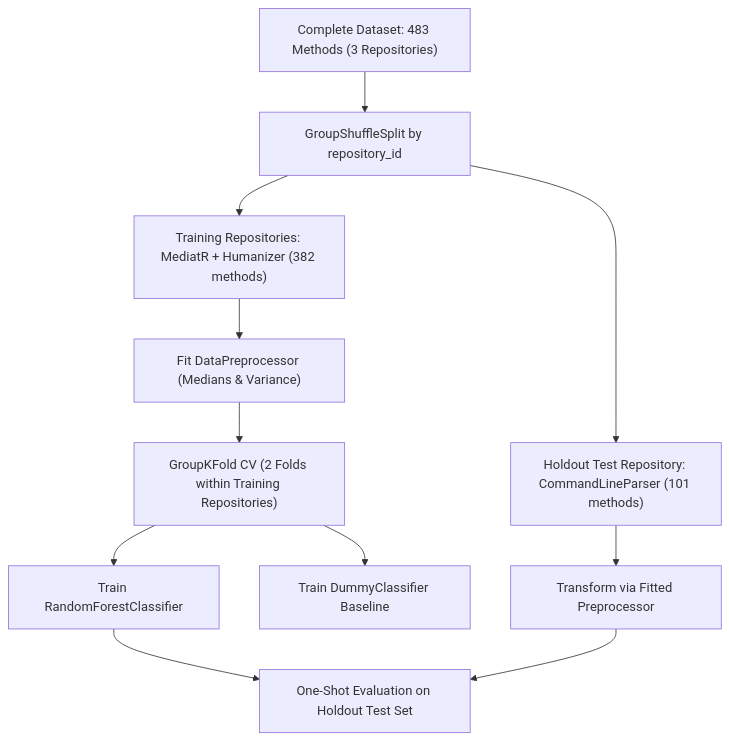
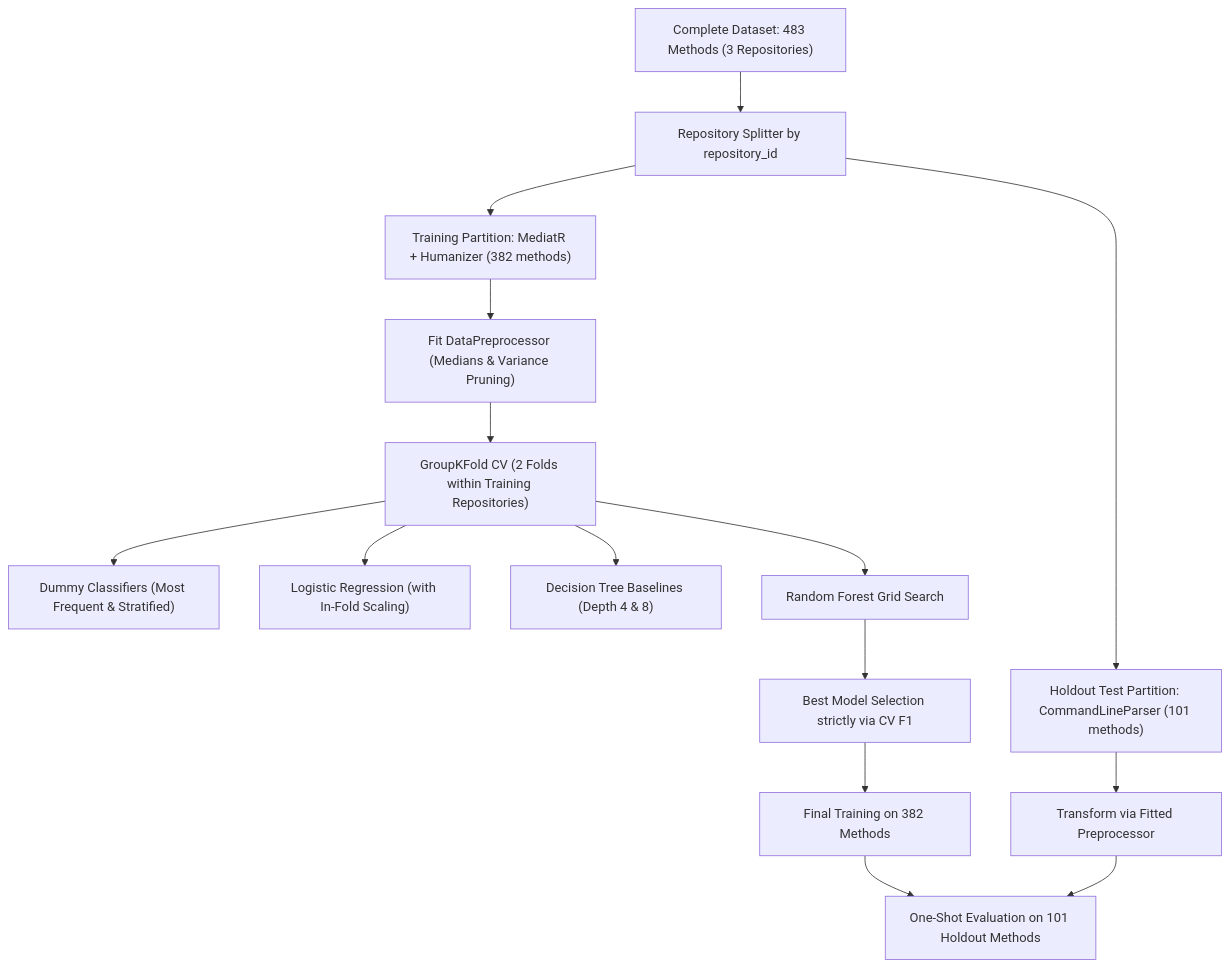
The diagram in Year2_Semester1_ComputationalIntelligenceSoftwareEngineering/CISE_Project2/docs/FINAL_REPORT.md (BogdanCTU/Applied-Computational-Intelligence-UBB), drawn with Mermaid before and after one commit. The commit also changed other lines of this file and 24 other files, not shown here.

````diff
--- a/Year2_Semester1_ComputationalIntelligenceSoftwareEngineering/CISE_Project2/docs/FINAL_REPORT.md
+++ b/Year2_Semester1_ComputationalIntelligenceSoftwareEngineering/CISE_Project2/docs/FINAL_REPORT.md
@@ -134,15 +133,19 @@
 ```mermaid
 flowchart TD
-    FullData["Complete Dataset: 483 Methods (3 Repositories)"] --> Splitter["GroupShuffleSplit by repository_id"]
-    Splitter --> TrainGroup["Training Repositories: MediatR + Humanizer (382 methods)"]
-    Splitter --> HoldoutGroup["Holdout Test Repository: CommandLineParser (101 methods)"]
+    FullData["Complete Dataset: 483 Methods (3 Repositories)"] --> Splitter["Repository Splitter by repository_id"]
+    Splitter --> TrainGroup["Training Partition: MediatR + Humanizer (382 methods)"]
+    Splitter --> HoldoutGroup["Holdout Test Partition: CommandLineParser (101 methods)"]
     
-    TrainGroup --> PreprocFit["Fit DataPreprocessor (Medians & Variance)"]
+    TrainGroup --> PreprocFit["Fit DataPreprocessor (Medians & Variance Pruning)"]
     PreprocFit --> GKF["GroupKFold CV (2 Folds within Training Repositories)"]
-    GKF --> RF["Train RandomForestClassifier"]
-    GKF --> Dummy["Train DummyClassifier Baseline"]
+    GKF --> Dummy["Dummy Classifiers (Most Frequent & Stratified)"]
+    GKF --> LR["Logistic Regression (with In-Fold Scaling)"]
+    GKF --> DT["Decision Tree Baselines (Depth 4 & 8)"]
+    GKF --> RF["Random Forest Grid Search"]
     
-    RF --> HoldoutEval["One-Shot Evaluation on Holdout Test Set"]
+    RF --> BestSel["Best Model Selection strictly via CV F1"]
+    BestSel --> FinalFit["Final Training on 382 Methods"]
+    FinalFit --> HoldoutEval["One-Shot Evaluation on 101 Holdout Methods"]
     HoldoutGroup --> PreprocTransform["Transform via Fitted Preprocessor"]
     PreprocTransform --> HoldoutEval
 ```
````
